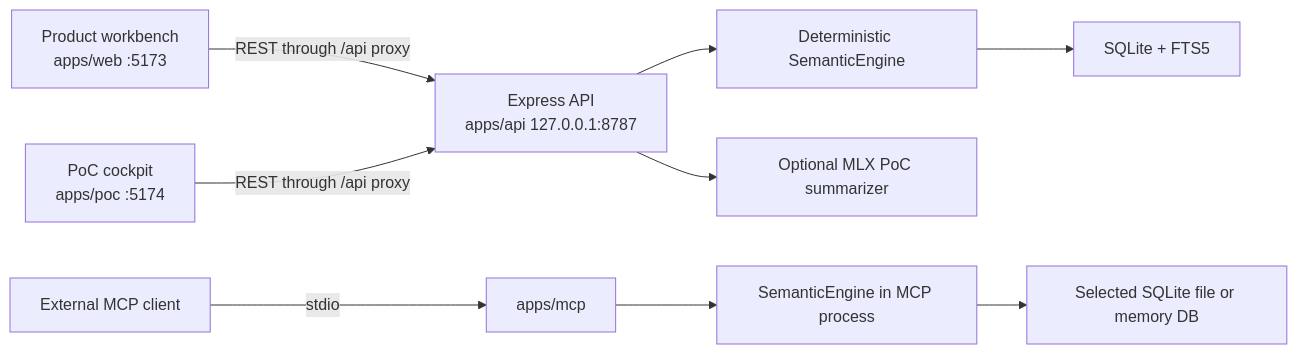
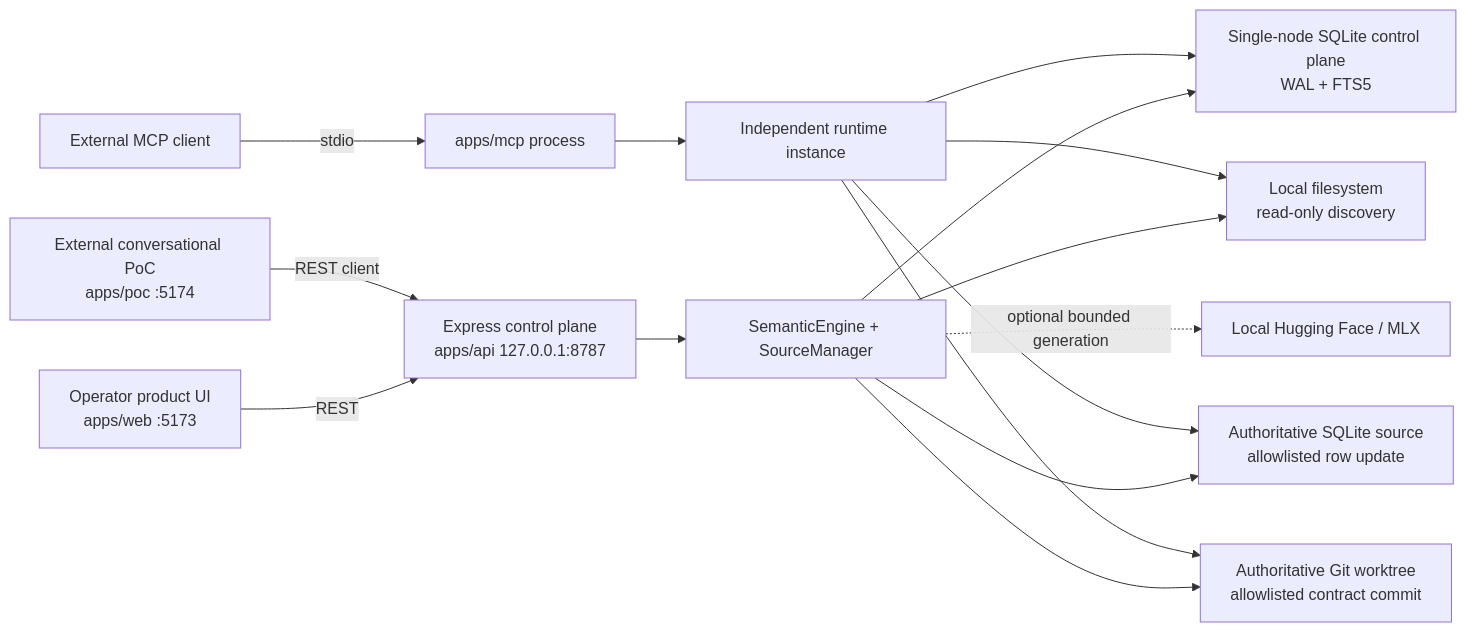
One commit to aantenore/semantic-junkyard changed the first of 3 diagrams in docs/architecture.md. Above: the diagram before and after it, drawn with Mermaid. The commit also changed other lines of this file and 72 other files, not shown here.

````diff
--- a/docs/architecture.md
+++ b/docs/architecture.md
@@ -7,12 +7,19 @@
 ```mermaid
 flowchart LR
-  WEB["Product workbench\napps/web :5173"] -->|REST through /api proxy| API["Express API\napps/api 127.0.0.1:8787"]
-  POC["PoC cockpit\napps/poc :5174"] -->|REST through /api proxy| API
-  API --> ENGINE["Deterministic SemanticEngine"]
-  API --> HF["Optional MLX PoC summarizer"]
-  ENGINE --> DB["SQLite + FTS5"]
+  WEB["Operator product UI\napps/web :5173"] -->|REST| API["Express control plane\napps/api 127.0.0.1:8787"]
+  POC["External conversational PoC\napps/poc :5174"] -->|REST client| API
 
-  CLIENT["External MCP client"] -->|stdio| MCP["apps/mcp"]
-  MCP --> ENGINE2["SemanticEngine in MCP process"]
-  ENGINE2 --> DB2["Selected SQLite file or memory DB"]
+  API --> ENGINE["SemanticEngine + SourceManager"]
+  ENGINE --> CONTROL["Single-node SQLite control plane\nWAL + FTS5"]
+  ENGINE --> FS["Local filesystem\nread-only discovery"]
+  ENGINE --> SOURCE_DB["Authoritative SQLite source\nallowlisted row update"]
+  ENGINE --> GIT["Authoritative Git worktree\nallowlisted contract commit"]
+  ENGINE -. optional bounded generation .-> HF["Local Hugging Face / MLX"]
+
+  MCP_CLIENT["External MCP client"] -->|stdio| MCP["apps/mcp process"]
+  MCP --> ENGINE2["Independent runtime instance"]
+  ENGINE2 --> CONTROL
+  ENGINE2 --> FS
+  ENGINE2 --> SOURCE_DB
+  ENGINE2 --> GIT
 ```
````
